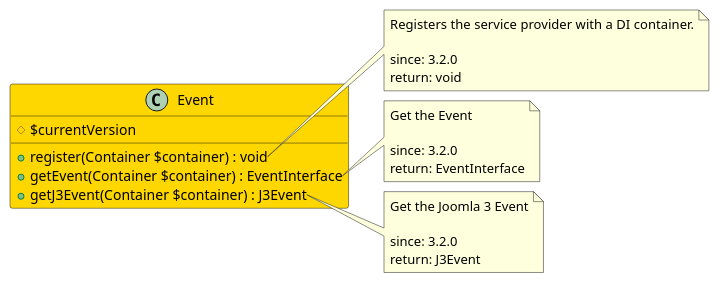
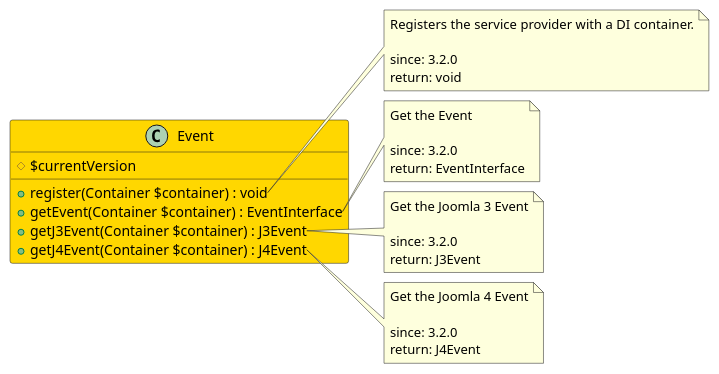
Before and after one commit to joomengine/jcb-compiler: the diagram in src/b94aaedb-6774-4739-a63f-8f87141a85db/README.md, drawn with PlantUML. The commit also changed 399 other files, not shown here.

````diff
--- a/src/b94aaedb-6774-4739-a63f-8f87141a85db/README.md
+++ b/src/b94aaedb-6774-4739-a63f-8f87141a85db/README.md
@@ -11,32 +11,40 @@
 ```uml
 @startuml
 class Event  #Gold {
   # $currentVersion
   + register(Container $container) : void
   + getEvent(Container $container) : EventInterface
   + getJ3Event(Container $container) : J3Event
+  + getJ4Event(Container $container) : J4Event
 }
 
 note right of Event::register
   Registers the service provider with a DI container.
 
   since: 3.2.0
   return: void
 end note
 
 note right of Event::getEvent
   Get the Event
 
   since: 3.2.0
   return: EventInterface
 end note
 
 note right of Event::getJ3Event
   Get the Joomla 3 Event
 
   since: 3.2.0
   return: J3Event
 end note
+
+note right of Event::getJ4Event
+  Get the Joomla 4 Event
+
+  since: 3.2.0
+  return: J4Event
+end note
  
 @enduml
 ```
````
